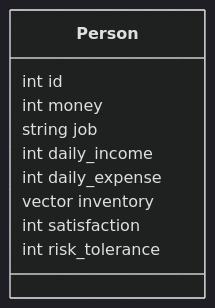
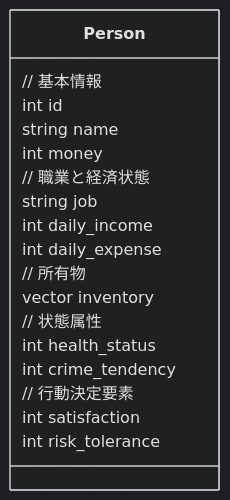
Before and after one commit to sora-kisaragi/MiddleAgeEconomySim: the third of 19 diagrams in wiki/Low_Level_Design.md, drawn with Mermaid (dark theme). The commit also changed other lines of this file and 1 other file, not shown here.

Commit message:
feat: Person構造体に新しい属性を追加し、各属性の説明を追記

````diff
--- a/wiki/Low_Level_Design.md
+++ b/wiki/Low_Level_Design.md
@@ -104,13 +104,25 @@
 ```mermaid
 classDiagram
     class Person {
+        // 基本情報
         int id
+        string name
         int money
+        
+        // 職業と経済状態
         string job
         int daily_income
         int daily_expense
+        
+        // 所有物
         vector<string> inventory
+        
+        // 状態属性
+        int health_status
+        int crime_tendency
+        
+        // 行動決定要素
         int satisfaction
         int risk_tolerance
     }
 ```
````
